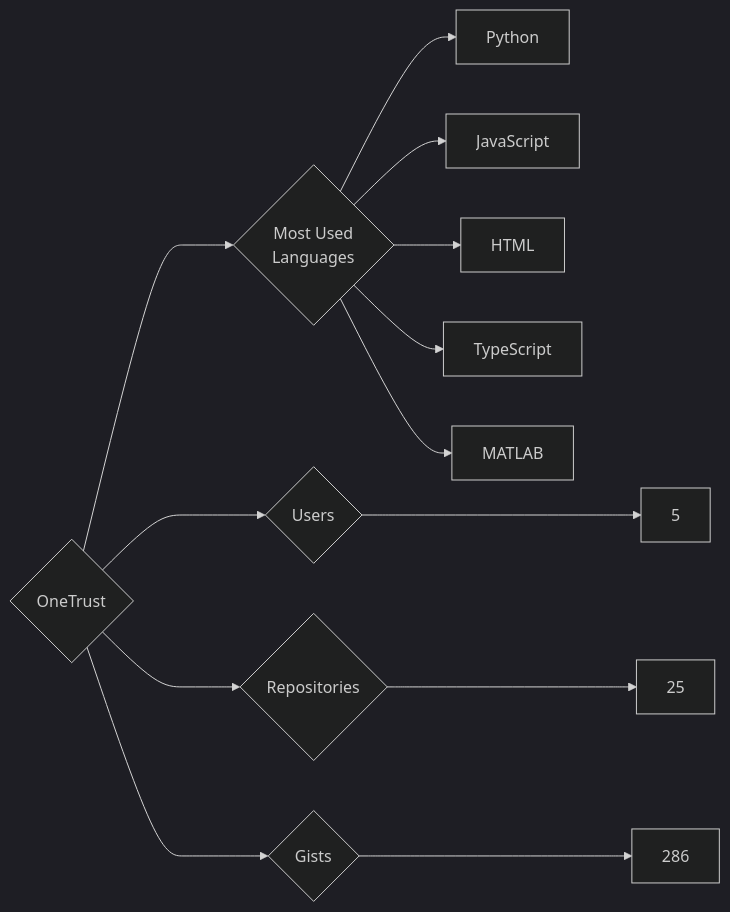
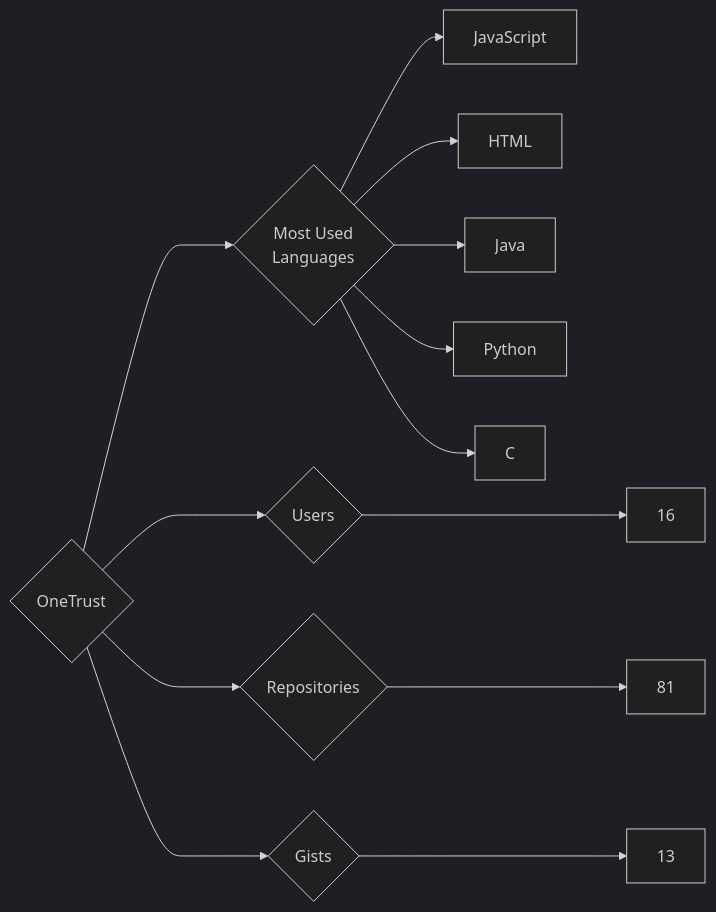
One commit to trickest/insiders changed the diagram in targets/OneTrust/README.md. Above: the diagram before and after it, drawn with Mermaid (dark theme). The commit also changed 677 other files, not shown here.

````diff
--- a/targets/OneTrust/README.md
+++ b/targets/OneTrust/README.md
@@ -3,13 +3,13 @@
 ```mermaid
 graph LR
 COMPANY_NAME{OneTrust}
-COMPANY_NAME ---> U{Users} ---> UN[5]
-COMPANY_NAME ---> R{Repositories} ---> RN[25]
-COMPANY_NAME ---> G{Gists} ---> GN[286]
+COMPANY_NAME ---> U{Users} ---> UN[16]
+COMPANY_NAME ---> R{Repositories} ---> RN[81]
+COMPANY_NAME ---> G{Gists} ---> GN[13]
 COMPANY_NAME ---> ML{Most Used<br>Languages}
-ML --> Python[Python]
 ML --> JavaScript[JavaScript]
 ML --> HTML[HTML]
-ML --> TypeScript[TypeScript]
-ML --> MATLAB[MATLAB]
+ML --> Java[Java]
+ML --> Python[Python]
+ML --> C[C]
 ```
````
